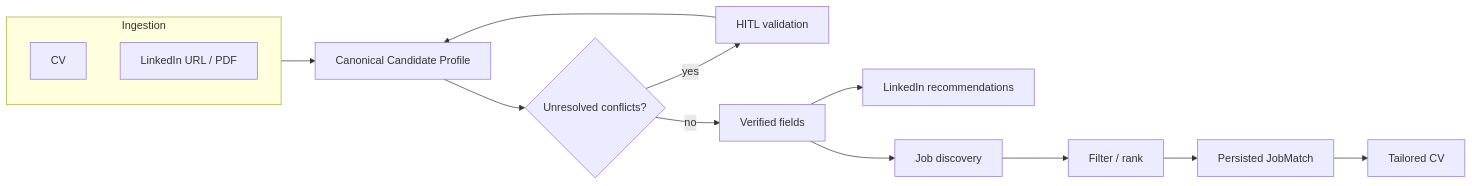
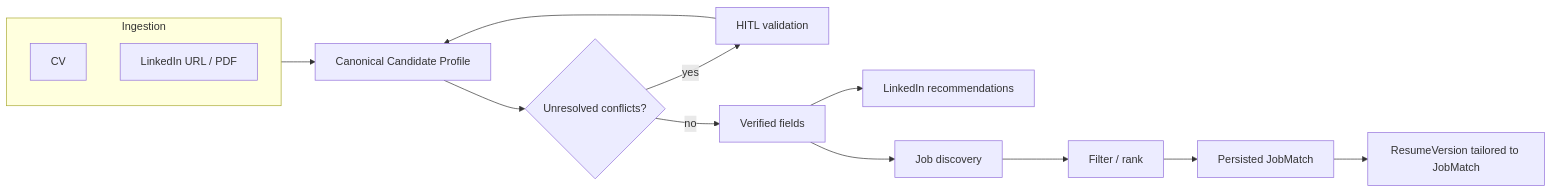
Before and after one commit to shira-ozana/career-ai: the second of 5 diagrams in docs/architecture/overview.md, drawn with Mermaid. The commit also changed other lines of this file and 31 other files, not shown here.

````diff
--- a/docs/architecture/overview.md
+++ b/docs/architecture/overview.md
@@ -119,19 +119,19 @@
 ```mermaid
 flowchart LR
     subgraph Ingest["Ingestion"]
         CVFile[CV]
         LISrc[LinkedIn URL / PDF]
     end
 
     Ingest --> Profile[Canonical Candidate Profile]
     Profile --> HITL{Unresolved conflicts?}
     HITL -->|yes| UserFix[HITL validation]
     UserFix --> Profile
     HITL -->|no| Ready[Verified fields]
 
     Ready --> LIopt[LinkedIn recommendations]
     Ready --> Discover[Job discovery]
     Discover --> Rank[Filter / rank]
     Rank --> Match[Persisted JobMatch]
-    Match --> Tailor[Tailored CV]
+    Match --> Tailor[ResumeVersion tailored to JobMatch]
 ```
````
